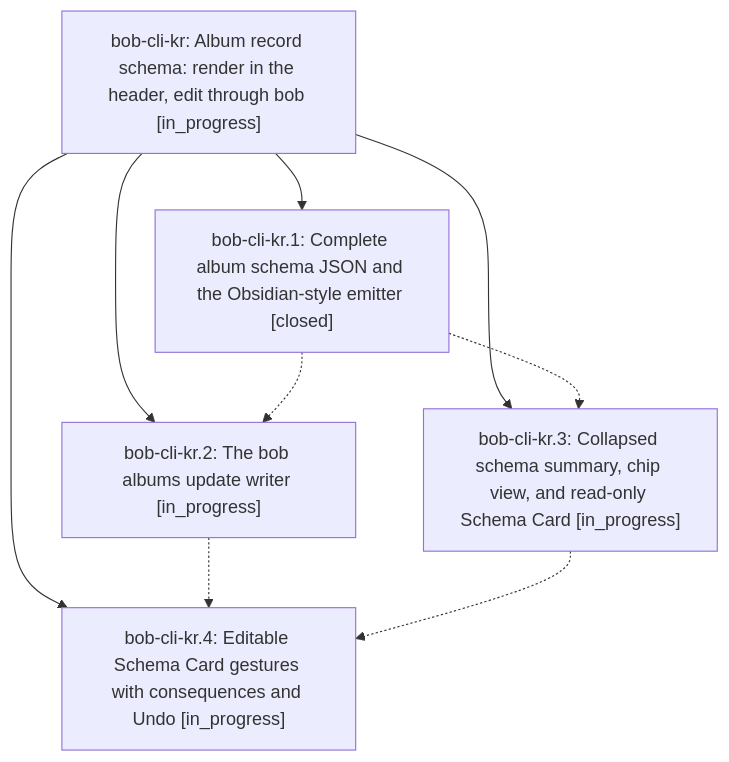
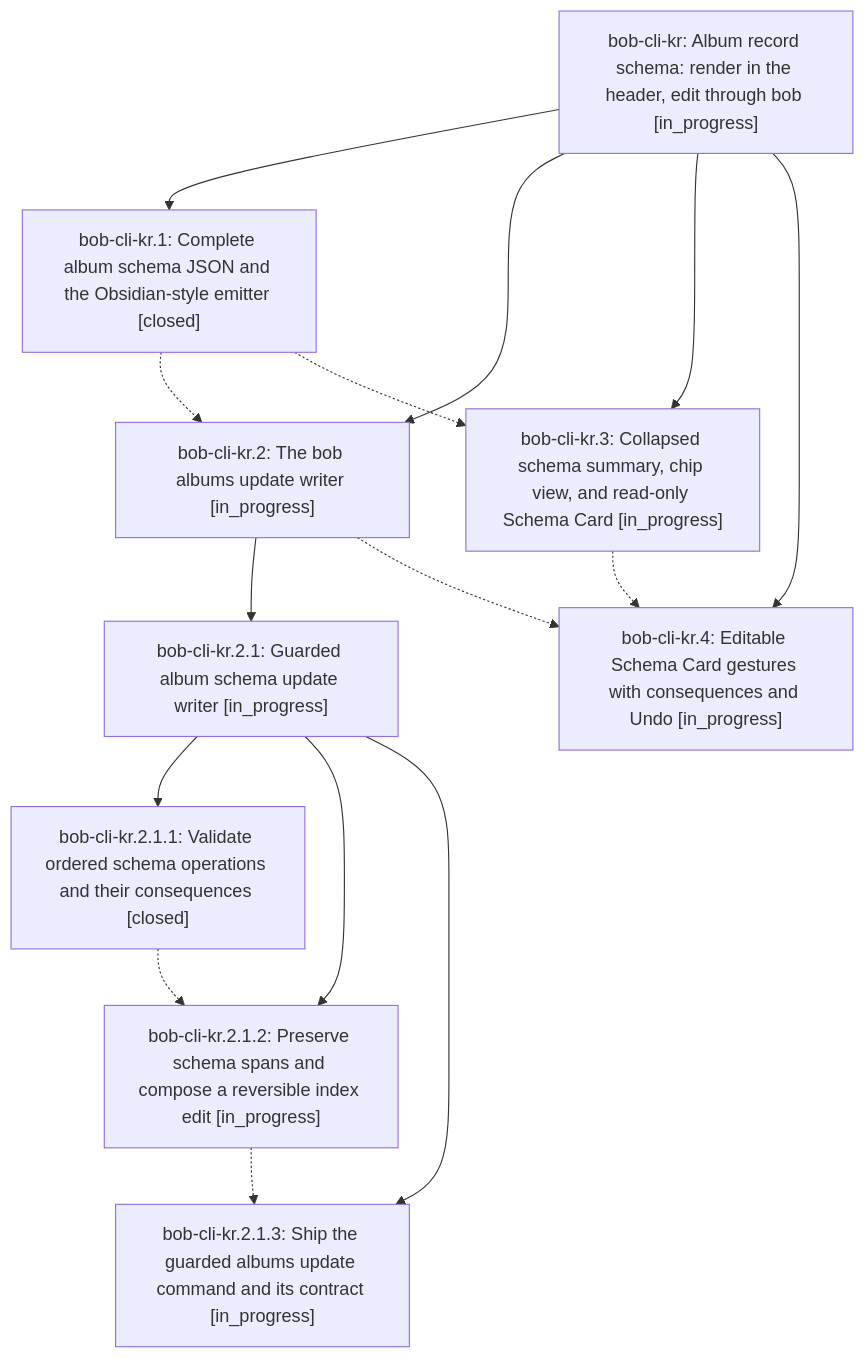
Before and after one commit to bobs-org/bob-cli--beads: the diagram in pages/bob-cli-kr/README.md, drawn with Mermaid. The commit also changed other lines of this file and 7 other files, not shown here.

First line of the commit message:
chore(beads): sync bead state and pages for bob-cli-kr

````diff
--- a/pages/bob-cli-kr/README.md
+++ b/pages/bob-cli-kr/README.md
@@ -37,16 +37,26 @@
 ```mermaid
 flowchart TD
     n0["bob-cli-kr: Album record schema: render in the header, edit through bob [in_progress]"]
     n1["bob-cli-kr.1: Complete album schema JSON and the Obsidian-style emitter [closed]"]
     n2["bob-cli-kr.2: The bob albums update writer [in_progress]"]
-    n3["bob-cli-kr.3: Collapsed schema summary, chip view, and read-only Schema Card [in_progress]"]
-    n4["bob-cli-kr.4: Editable Schema Card gestures with consequences and Undo [in_progress]"]
+    n3["bob-cli-kr.2.1: Guarded album schema update writer [in_progress]"]
+    n4["bob-cli-kr.2.1.1: Validate ordered schema operations and their consequences [closed]"]
+    n5["bob-cli-kr.2.1.2: Preserve schema spans and compose a reversible index edit [in_progress]"]
+    n6["bob-cli-kr.2.1.3: Ship the guarded albums update command and its contract [in_progress]"]
+    n7["bob-cli-kr.3: Collapsed schema summary, chip view, and read-only Schema Card [in_progress]"]
+    n8["bob-cli-kr.4: Editable Schema Card gestures with consequences and Undo [in_progress]"]
     n0 --> n1
     n0 --> n2
-    n0 --> n3
-    n0 --> n4
+    n2 --> n3
+    n3 --> n4
+    n3 --> n5
+    n3 --> n6
+    n0 --> n7
+    n0 --> n8
     n1 -.-> n2
-    n1 -.-> n3
-    n2 -.-> n4
-    n3 -.-> n4
+    n1 -.-> n7
+    n2 -.-> n8
+    n4 -.-> n5
+    n5 -.-> n6
+    n7 -.-> n8
 ```
````
